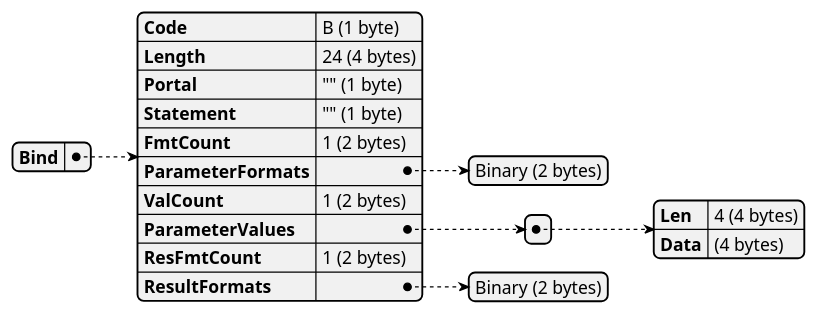
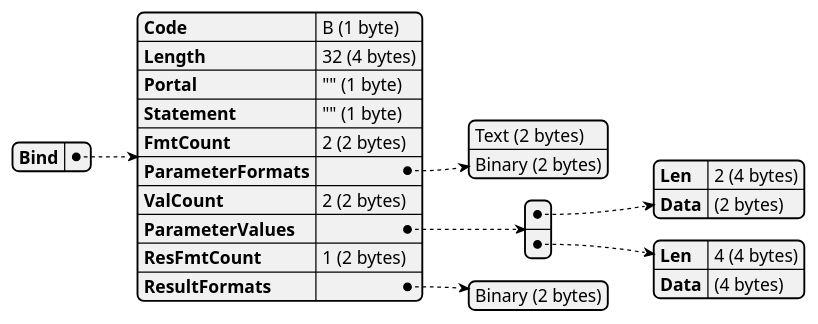
Before and after one commit to xfischer/pg_protoexport: the second of 11 diagrams in docs/examples/exports/pagila-04-extended-query-unnamed-statement/capture.plantuml.pkt.md, drawn with PlantUML. The commit also changed other lines of this file and 135 other files, not shown here.

````diff
--- a/docs/examples/exports/pagila-04-extended-query-unnamed-statement/capture.plantuml.pkt.md
+++ b/docs/examples/exports/pagila-04-extended-query-unnamed-statement/capture.plantuml.pkt.md
@@ -21,27 +22,32 @@
 ```plantuml
 @startjson
 {
   "Bind": {
     "Code": "B (1 byte)",
-    "Length": "24 (4 bytes)",
+    "Length": "32 (4 bytes)",
     "Portal": "\"\" (1 byte)",
     "Statement": "\"\" (1 byte)",
-    "FmtCount": "1 (2 bytes)",
+    "FmtCount": "2 (2 bytes)",
     "ParameterFormats": [
+      "Text (2 bytes)",
       "Binary (2 bytes)"
     ],
-    "ValCount": "1 (2 bytes)",
+    "ValCount": "2 (2 bytes)",
     "ParameterValues": [
+      {
+        "Len": "2 (4 bytes)",
+        "Data": "(2 bytes)"
+      },
       {
         "Len": "4 (4 bytes)",
         "Data": "(4 bytes)"
       }
     ],
     "ResFmtCount": "1 (2 bytes)",
     "ResultFormats": [
       "Binary (2 bytes)"
     ]
   }
 }
 @endjson
 ```
````
